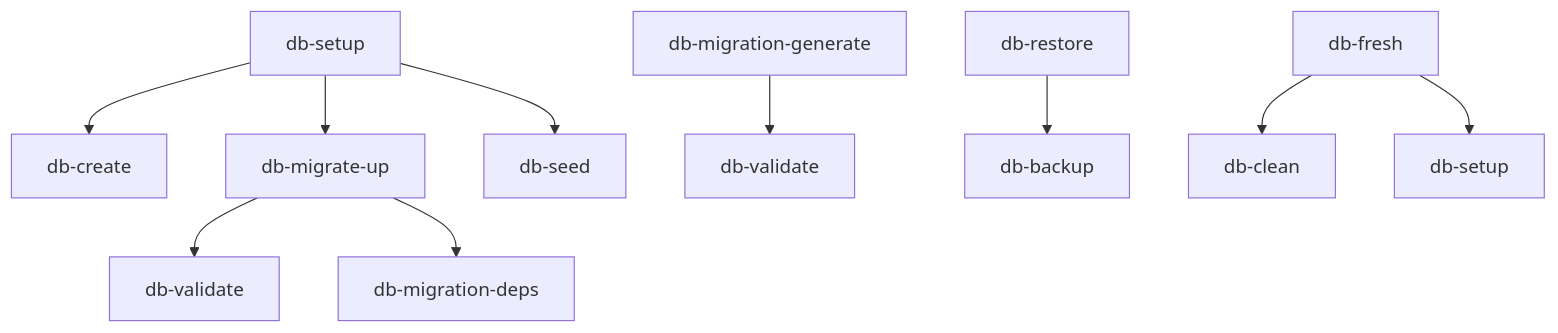
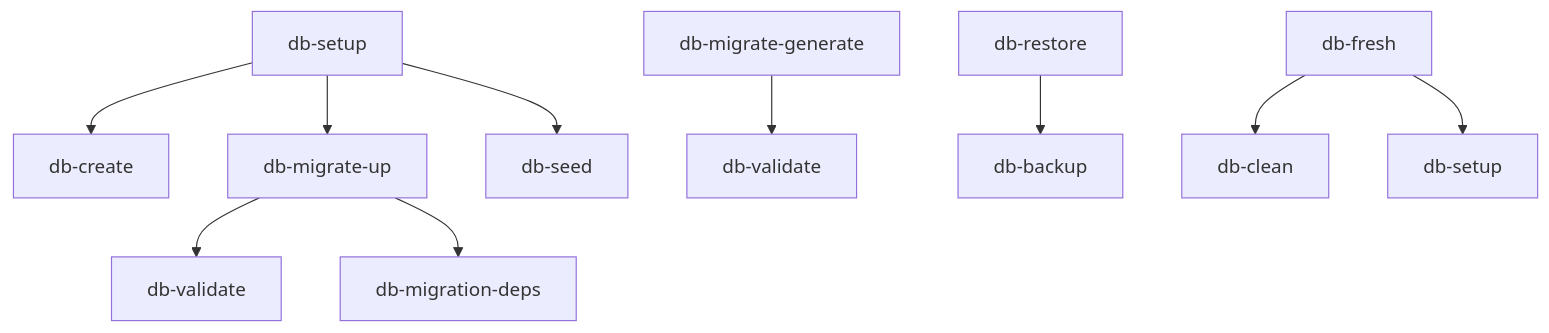
Before and after one commit to v-egorov/service-boilerplate: the diagram in docs/migrations/api-reference.md, drawn with Mermaid. The commit also changed other lines of this file and 8 other files, not shown here.

````diff
--- a/docs/migrations/api-reference.md
+++ b/docs/migrations/api-reference.md
@@ -608,16 +590,16 @@
 ```mermaid
 graph TD
     A[db-setup] --> B[db-create]
     A --> C[db-migrate-up]
     A --> D[db-seed]
 
     C --> E[db-validate]
     C --> F[db-migration-deps]
 
-    G[db-migration-generate] --> H[db-validate]
+    G[db-migrate-generate] --> H[db-validate]
 
     I[db-restore] --> J[db-backup]
 
     K[db-fresh] --> L[db-clean]
     K --> M[db-setup]
 ```
````
